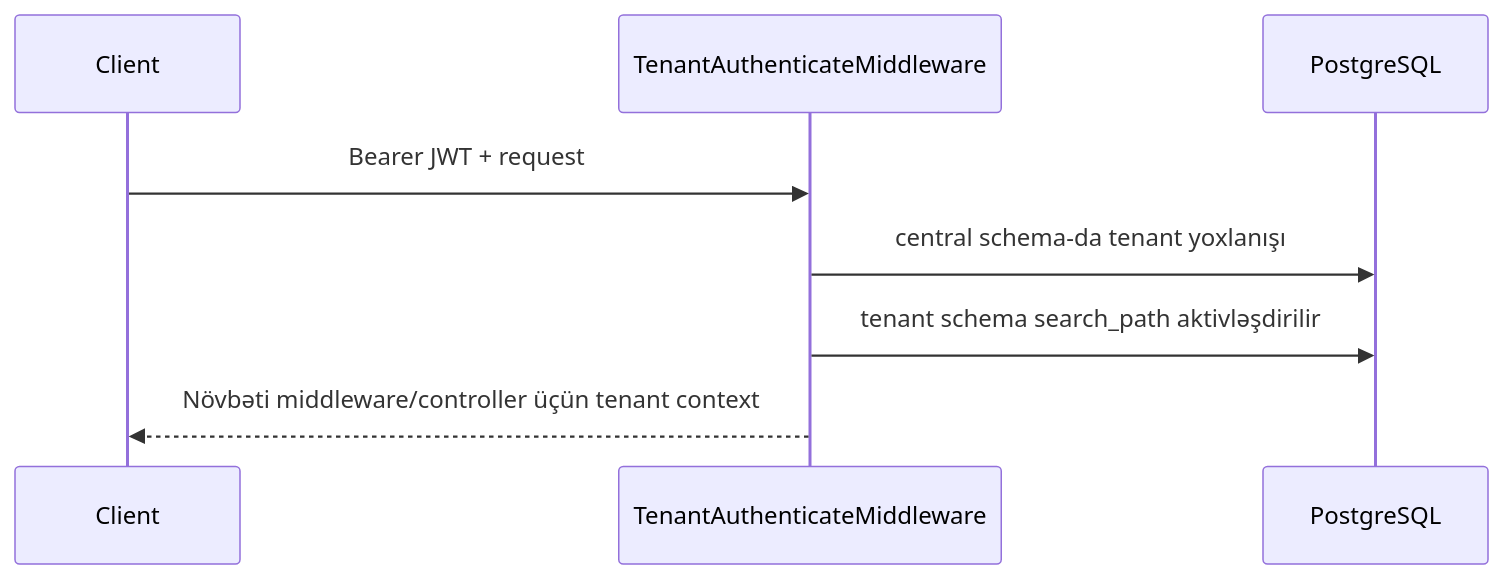
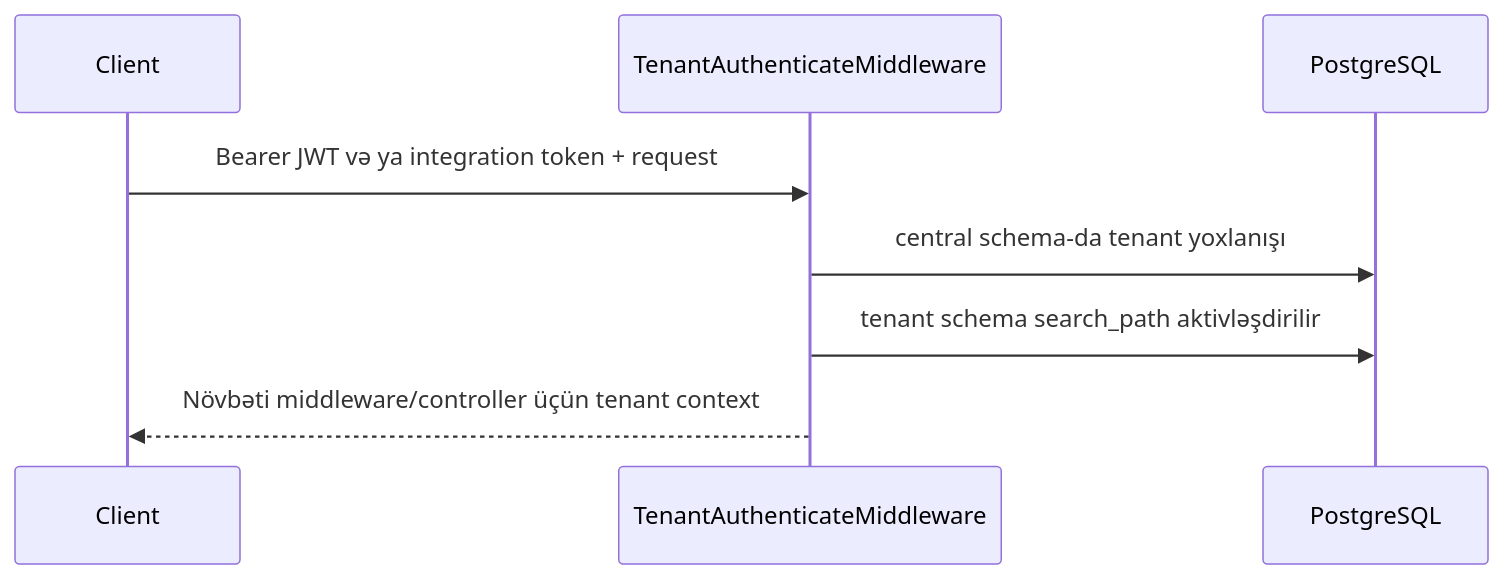
The diagram in docs/architecture/tenancy.md (BeinSystems-Az/docs), drawn with Mermaid before and after one commit. The commit also changed other lines of this file and 225 other files, not shown here.

````diff
--- a/docs/architecture/tenancy.md
+++ b/docs/architecture/tenancy.md
@@ -14,10 +14,10 @@
 ```mermaid
 sequenceDiagram
   participant C as Client
   participant M as TenantAuthenticateMiddleware
   participant P as PostgreSQL
-  C->>M: Bearer JWT + request
+  C->>M: Bearer JWT və ya integration token + request
   M->>P: central schema-da tenant yoxlanışı
   M->>P: tenant schema search_path aktivləşdirilir
   M-->>C: Növbəti middleware/controller üçün tenant context
 ```
````
